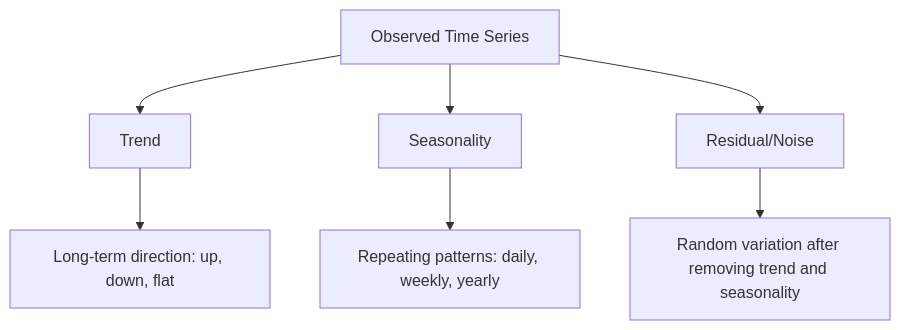
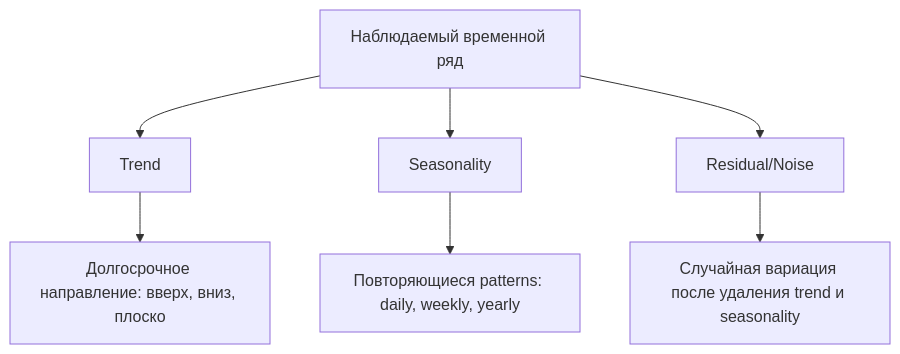
One commit to stabuev/ai-engineering-from-scratch changed the second of 3 diagrams in phases/02-ml-fundamentals/15-time-series/docs/ru.md. Above: the diagram before and after it, drawn with Mermaid. The commit also changed other lines of this file and 22 other files, not shown here.

````diff
--- a/phases/02-ml-fundamentals/15-time-series/docs/ru.md
+++ b/phases/02-ml-fundamentals/15-time-series/docs/ru.md
@@ -69,10 +69,10 @@
 ```mermaid
 flowchart TD
-    A[Observed Time Series] --> B[Trend]
+    A[Наблюдаемый временной ряд] --> B[Trend]
     A --> C[Seasonality]
     A --> D[Residual/Noise]
 
-    B --> E[Long-term direction: up, down, flat]
-    C --> F[Repeating patterns: daily, weekly, yearly]
-    D --> G[Random variation after removing trend and seasonality]
+    B --> E[Долгосрочное направление: вверх, вниз, плоско]
+    C --> F[Повторяющиеся patterns: daily, weekly, yearly]
+    D --> G[Случайная вариация после удаления trend и seasonality]
 ```
````
